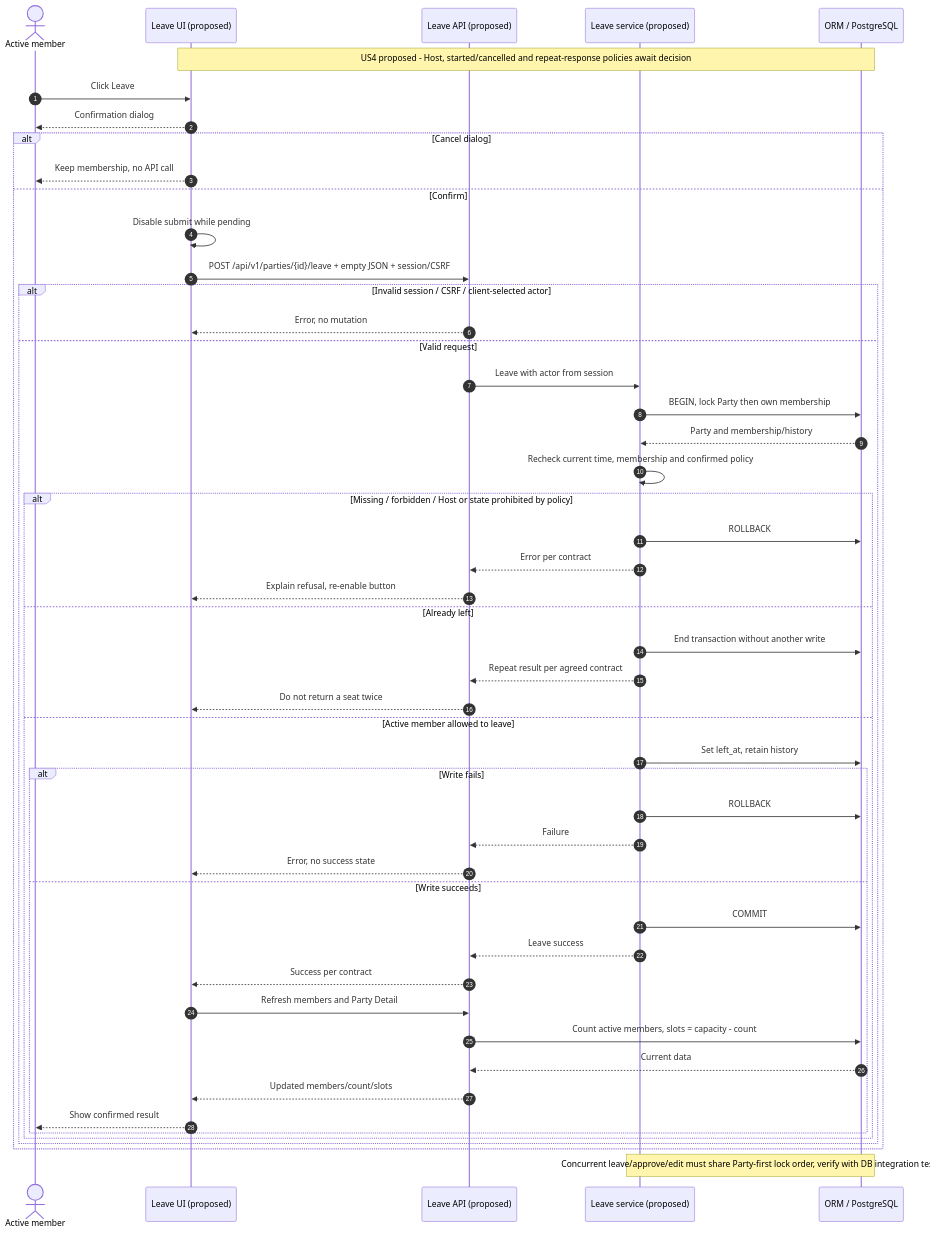
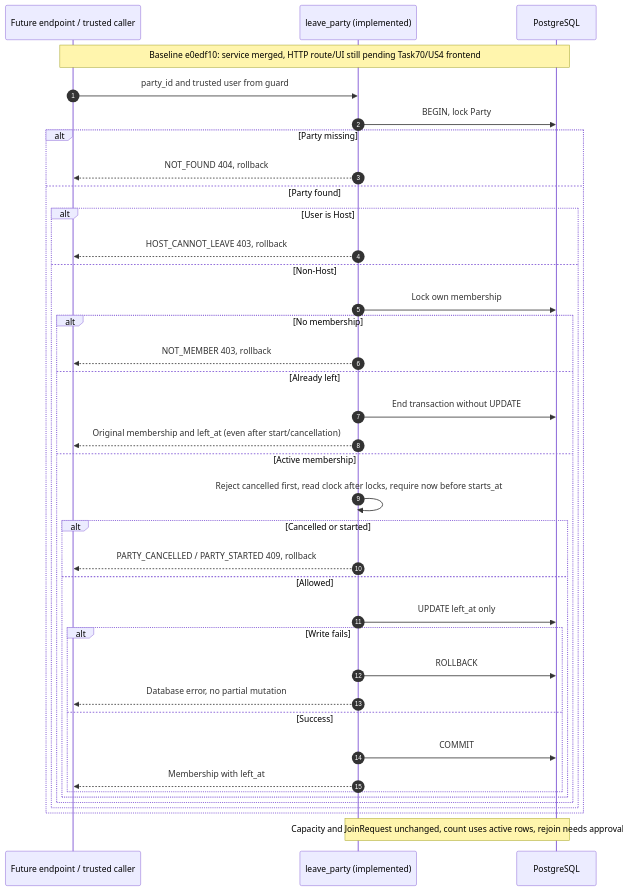
One commit to GearJP2/cs261-group2-100001 changed the diagram in docs/sprint-2-sequences/us4.mmd. Above: the diagram before and after it, drawn with Mermaid. The commit also changed 57 other files, not shown here.

Commit message:
docs: document as-built system diagrams and reconcile sequences

```diff
--- a/docs/sprint-2-sequences/us4.mmd
+++ b/docs/sprint-2-sequences/us4.mmd
@@ -1,50 +1,38 @@
 sequenceDiagram
-    autonumber
-    actor U as Active member
-    participant UI as Leave UI (proposed)
-    participant API as Leave API (proposed)
-    participant S as Leave service (proposed)
-    participant DB as ORM / PostgreSQL
-    Note over UI,DB: US4 proposed - Host, started/cancelled and repeat-response policies await decision
-    U->>UI: Click Leave
-    UI-->>U: Confirmation dialog
-    alt Cancel dialog
-        UI-->>U: Keep membership, no API call
-    else Confirm
-        UI->>UI: Disable submit while pending
-        UI->>API: POST /api/v1/parties/{id}/leave + empty JSON + session/CSRF
-        alt Invalid session / CSRF / client-selected actor
-            API-->>UI: Error, no mutation
-        else Valid request
-            API->>S: Leave with actor from session
-            S->>DB: BEGIN, lock Party then own membership
-            DB-->>S: Party and membership/history
-            S->>S: Recheck current time, membership and confirmed policy
-            alt Missing / forbidden / Host or state prohibited by policy
-                S->>DB: ROLLBACK
-                S-->>API: Error per contract
-                API-->>UI: Explain refusal, re-enable button
-            else Already left
-                S->>DB: End transaction without another write
-                S-->>API: Repeat result per agreed contract
-                API-->>UI: Do not return a seat twice
-            else Active member allowed to leave
-                S->>DB: Set left_at, retain history
-                alt Write fails
-                    S->>DB: ROLLBACK
-                    S-->>API: Failure
-                    API-->>UI: Error, no success state
-                else Write succeeds
-                    S->>DB: COMMIT
-                    S-->>API: Leave success
-                    API-->>UI: Success per contract
-                    UI->>API: Refresh members and Party Detail
-                    API->>DB: Count active members, slots = capacity - count
-                    DB-->>API: Current data
-                    API-->>UI: Updated members/count/slots
-                    UI-->>U: Show confirmed result
-                end
-            end
-        end
-    end
-    Note over S,DB: Concurrent leave/approve/edit must share Party-first lock order, verify with DB integration tests
+ autonumber
+ participant Caller as Future endpoint / trusted caller
+ participant S as leave_party (implemented)
+ participant DB as PostgreSQL
+ Note over Caller,DB: Baseline e0edf10: service merged, HTTP route/UI still pending Task70/US4 frontend
+ Caller->>S: party_id and trusted user from guard
+ S->>DB: BEGIN, lock Party
+ alt Party missing
+ S-->>Caller: NOT_FOUND 404, rollback
+ else Party found
+ alt User is Host
+ S-->>Caller: HOST_CANNOT_LEAVE 403, rollback
+ else Non-Host
+ S->>DB: Lock own membership
+ alt No membership
+ S-->>Caller: NOT_MEMBER 403, rollback
+ else Already left
+ S->>DB: End transaction without UPDATE
+ S-->>Caller: Original membership and left_at (even after start/cancellation)
+ else Active membership
+ S->>S: Reject cancelled first, read clock after locks, require now before starts_at
+ alt Cancelled or started
+ S-->>Caller: PARTY_CANCELLED / PARTY_STARTED 409, rollback
+ else Allowed
+ S->>DB: UPDATE left_at only
+ alt Write fails
+ S->>DB: ROLLBACK
+ S-->>Caller: Database error, no partial mutation
+ else Success
+ S->>DB: COMMIT
+ S-->>Caller: Membership with left_at
+ end
+ end
+ end
+ end
+ end
+ Note over S,DB: Capacity and JoinRequest unchanged, count uses active rows, rejoin needs approval
```
